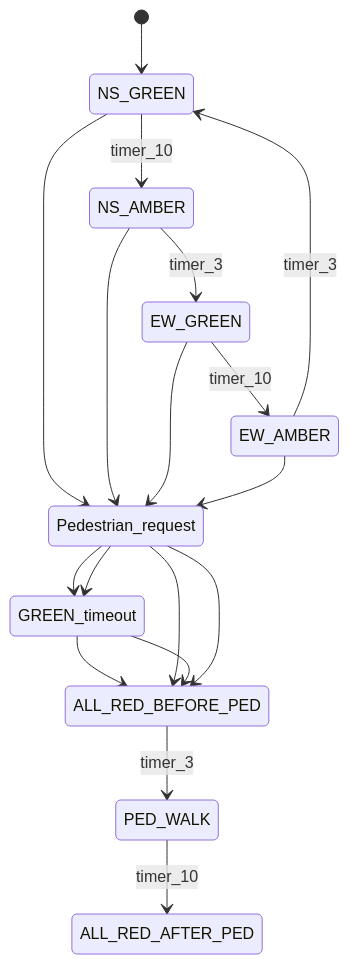
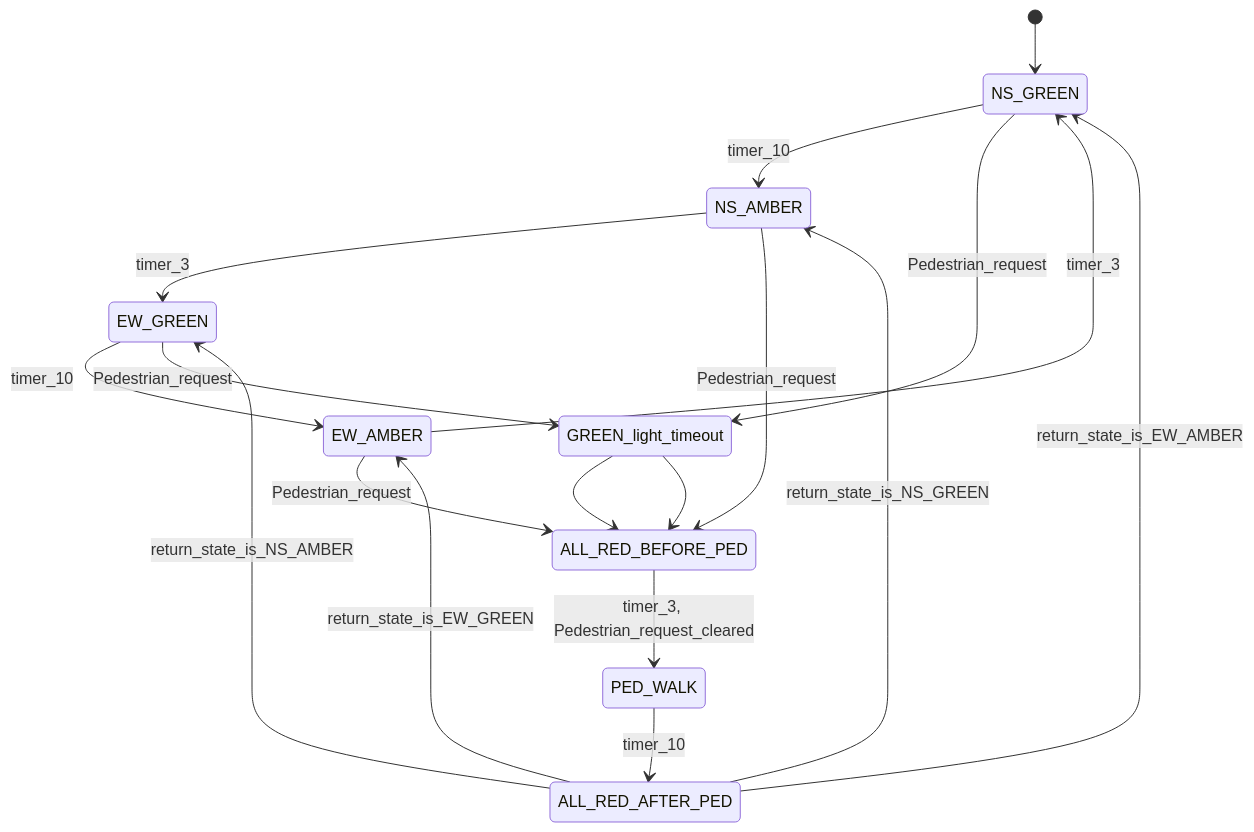
The diagram in fsm/traffic_light_with_pedestrian_request/README.md (JoyceLeng/SystemVerilog_practice), drawn with Mermaid before and after one commit.

Commit message:
Introduction for traffic light with pedestrian request

````diff
--- a/fsm/traffic_light_with_pedestrian_request/README.md
+++ b/fsm/traffic_light_with_pedestrian_request/README.md
@@ -4,28 +4,29 @@
 ```mermaid
 stateDiagram-v2
 
 [*] --> NS_GREEN
 
 NS_GREEN --> NS_AMBER: timer_10
 NS_AMBER --> EW_GREEN: timer_3
 EW_GREEN --> EW_AMBER: timer_10
 EW_AMBER --> NS_GREEN: timer_3
 
-NS_GREEN --> Pedestrian_request
-Pedestrian_request --> GREEN_timeout
-GREEN_timeout --> ALL_RED_BEFORE_PED
+NS_GREEN --> GREEN_light_timeout: Pedestrian_request
+GREEN_light_timeout --> ALL_RED_BEFORE_PED
 
-NS_AMBER --> Pedestrian_request
-Pedestrian_request --> ALL_RED_BEFORE_PED
+NS_AMBER --> ALL_RED_BEFORE_PED: Pedestrian_request
 
-EW_GREEN --> Pedestrian_request
-Pedestrian_request --> GREEN_timeout
-GREEN_timeout --> ALL_RED_BEFORE_PED
+EW_GREEN --> GREEN_light_timeout: Pedestrian_request
+GREEN_light_timeout --> ALL_RED_BEFORE_PED
 
-EW_AMBER --> Pedestrian_request
-Pedestrian_request --> ALL_RED_BEFORE_PED
+EW_AMBER --> ALL_RED_BEFORE_PED: Pedestrian_request
 
-ALL_RED_BEFORE_PED --> PED_WALK: timer_3
+ALL_RED_BEFORE_PED --> PED_WALK: timer_3, Pedestrian_request_cleared
 PED_WALK --> ALL_RED_AFTER_PED: timer_10
 
+ALL_RED_AFTER_PED --> NS_GREEN: return_state_is_EW_AMBER
+ALL_RED_AFTER_PED --> NS_AMBER: return_state_is_NS_GREEN
+ALL_RED_AFTER_PED --> EW_GREEN: return_state_is_NS_AMBER
+ALL_RED_AFTER_PED --> EW_AMBER: return_state_is_EW_GREEN
+
 ```
````
